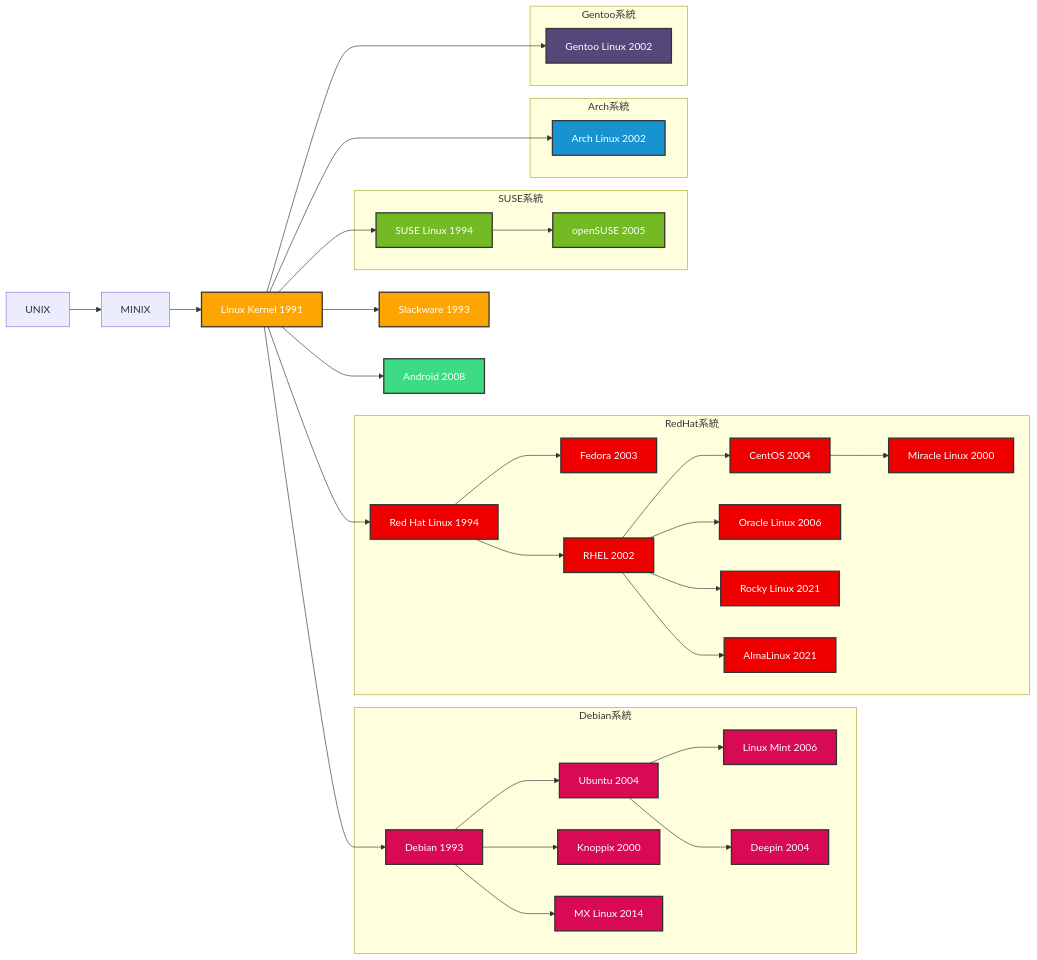
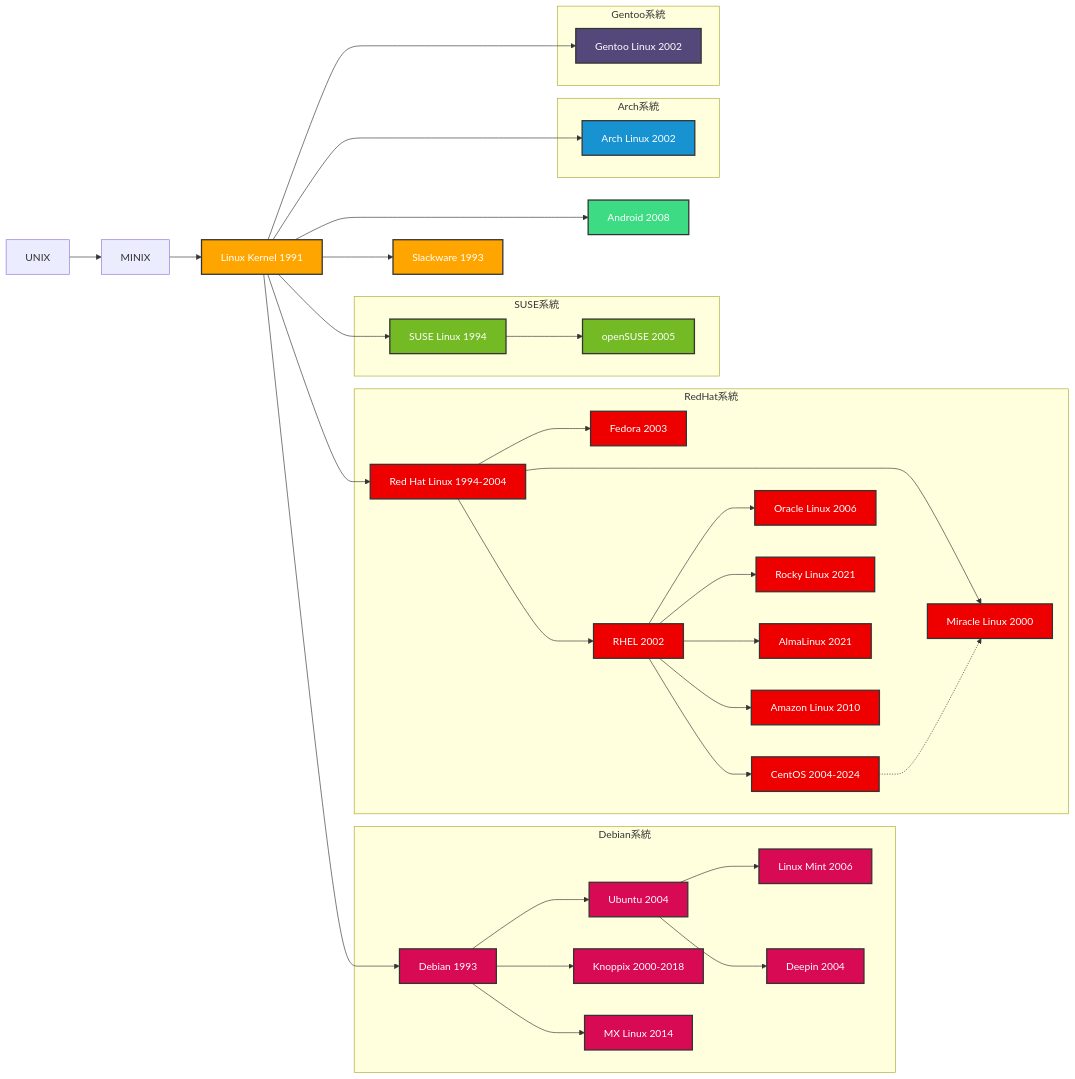
Before and after one commit to hnuma1979/hnuma1979: the diagram in iso/系図.md, drawn with Mermaid. The commit also changed other lines of this file, not shown here.

Commit message:
系図を調整（Amazon/Miracle/Knoppix）

````diff
--- a/iso/系図.md
+++ b/iso/系図.md
@@ -3,79 +3,82 @@
 ```mermaid
 graph LR
     Unix[UNIX] --> Minix[MINIX]
     Minix --> Linux[Linux Kernel 1991]
     
     Linux --> Slackware[Slackware 1993]
     Linux --> Debian
     Linux --> RedHat
     Linux ---> Arch
     Linux ---> Gentoo
     Linux --> SUSE
-    Linux --> Android[Android 2008]
+    Linux ---> Android[Android 2008]
     
     subgraph Debian系統
         Debian[Debian 1993]
         Ubuntu[Ubuntu 2004]
-        Knoppix[Knoppix 2000]
+        Knoppix[Knoppix 2000-2018]
         MXLinux[MX Linux 2014]
         LinuxMint[Linux Mint 2006]
         Deepin[Deepin 2004]
         
         Debian --> Ubuntu
         Debian --> Knoppix
         Debian --> MXLinux
         Ubuntu --> LinuxMint
         Ubuntu --> Deepin
     end
     
     subgraph RedHat系統
-        RedHat[Red Hat Linux 1994]
+        RedHat[Red Hat Linux 1994-2004]
         Fedora[Fedora 2003]
         RHEL[RHEL 2002]
-        CentOS[CentOS 2004]
+        CentOS[CentOS 2004-2024]
         Oracle[Oracle Linux 2006]
         Rocky[Rocky Linux 2021]
         Alma[AlmaLinux 2021]
         MiracleLinux[Miracle Linux 2000]
+        Amazon[Amazon Linux 2010]
         
         RedHat --> Fedora
         RedHat --> RHEL
+        RedHat --> MiracleLinux
         RHEL --> CentOS
         RHEL --> Oracle
         RHEL --> Rocky
         RHEL --> Alma
-        CentOS --> MiracleLinux
+        RHEL --> Amazon
+        CentOS -.-> MiracleLinux
     end
     
     subgraph SUSE系統
         SUSE[SUSE Linux 1994]
         openSUSE[openSUSE 2005]
         
         SUSE --> openSUSE
     end
     
     subgraph Arch系統
         Arch[Arch Linux 2002]
     end
     
     subgraph Gentoo系統
         Gentoo[Gentoo Linux 2002]
     end
     
     %% スタイル設定
     classDef debianStyle fill:#d70a53,stroke:#333,stroke-width:2px,color:#fff
     classDef redhatStyle fill:#ee0000,stroke:#333,stroke-width:2px,color:#fff
     classDef archStyle fill:#1793d1,stroke:#333,stroke-width:2px,color:#fff
     classDef suseStyle fill:#73ba25,stroke:#333,stroke-width:2px,color:#fff
     classDef gentooStyle fill:#54487a,stroke:#333,stroke-width:2px,color:#fff
     classDef androidStyle fill:#3ddc84,stroke:#333,stroke-width:2px,color:#fff
     classDef baseStyle fill:#ffa500,stroke:#333,stroke-width:2px,color:#fff
     
     class Debian,Ubuntu,Knoppix,LinuxMint,Deepin,MXLinux debianStyle
-    class RedHat,Fedora,RHEL,CentOS,Oracle,Rocky,Alma,MiracleLinux redhatStyle
+    class RedHat,Fedora,RHEL,CentOS,Oracle,Rocky,Alma,MiracleLinux,Amazon redhatStyle
     class Arch archStyle
     class SUSE,openSUSE suseStyle
     class Gentoo gentooStyle
     class Android androidStyle
     class Linux,Slackware baseStyle
 ```
````
